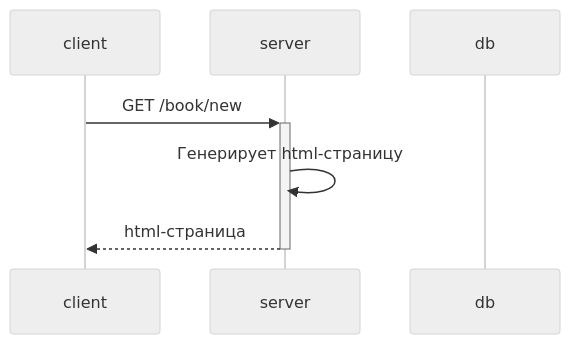
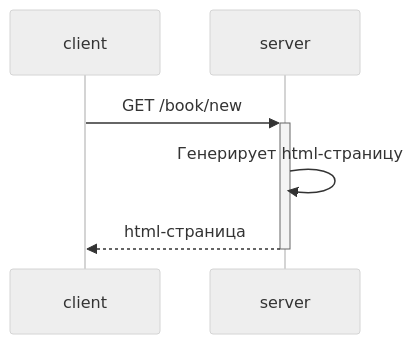
The diagram in documentation/diagrams/sequenceDiagrams/book.get.new.md (Ergorium/Web-technology-3c-6s), drawn with Mermaid (neutral theme) before and after one commit. The commit also changed 3 other files, not shown here.

Commit message:
fix sequence diagrams

````diff
--- a/documentation/diagrams/sequenceDiagrams/book.get.new.md
+++ b/documentation/diagrams/sequenceDiagrams/book.get.new.md
@@ -3,9 +3,8 @@
 ```mermaid
 sequenceDiagram;
 	participant client
 	participant server
-	participant db
 	client->>+server: GET /book/new
 	server->>server: Генерирует html-страницу
 	server-->>-client: html-страница
 ```
````
